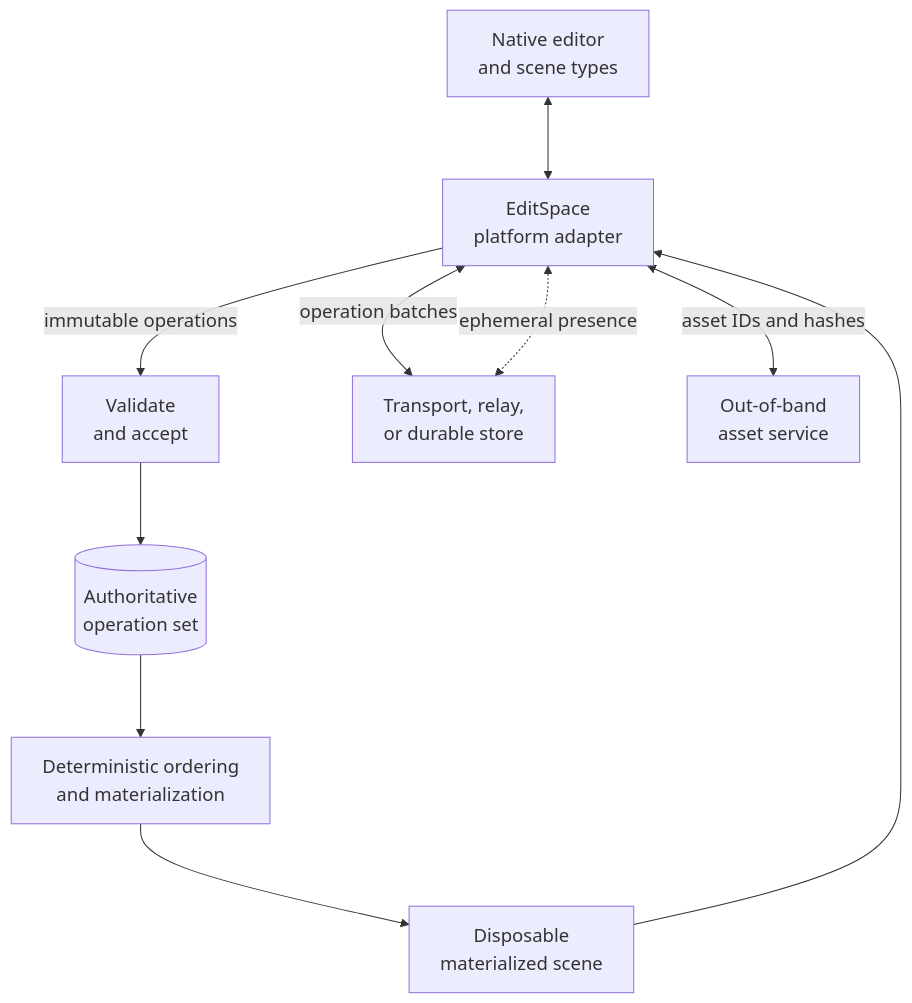
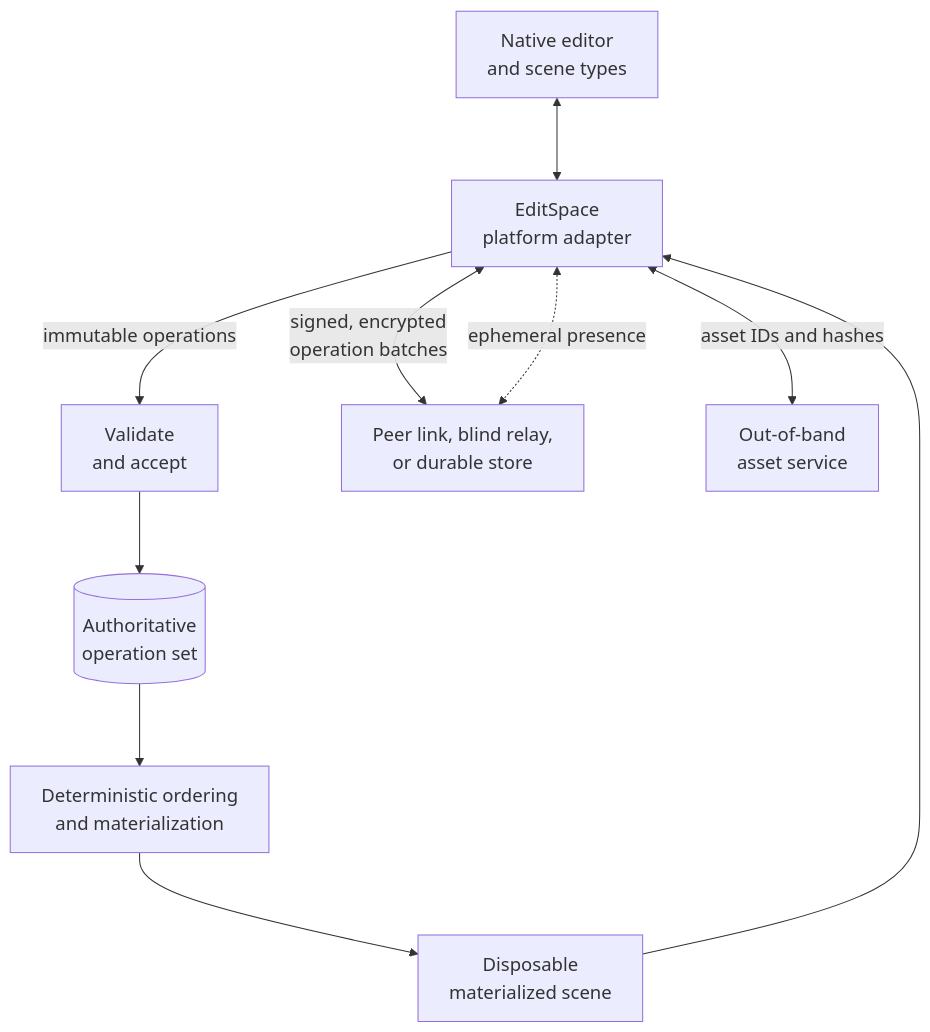
One commit to graphitedesignlabs/EditSpace changed the diagram in README.md. Above: the diagram before and after it, drawn with Mermaid. The commit also changed other lines of this file and 29 other files, not shown here.

````diff
--- a/README.md
+++ b/README.md
@@ -54,14 +67,14 @@
 ```mermaid
 %%{init: {"flowchart": {"nodeSpacing": 60, "rankSpacing": 80}, "themeVariables": {"fontSize": "18px"}}}%%
 flowchart TB
     Editor["Native editor<br/>and scene types"] <--> Adapter["EditSpace<br/>platform adapter"]
     Adapter -->|"immutable operations"| Validator["Validate<br/>and accept"]
     Validator --> Log[("Authoritative<br/>operation set")]
     Log --> Order["Deterministic ordering<br/>and materialization"]
     Order --> Scene["Disposable<br/>materialized scene"]
     Scene --> Adapter
 
-    Adapter <-->|"operation batches"| Relay["Transport, relay,<br/>or durable store"]
+    Adapter <-->|"signed, encrypted<br/>operation batches"| Relay["Peer link, blind relay,<br/>or durable store"]
     Adapter <-.->|"ephemeral presence"| Relay
     Adapter <-->|"asset IDs and hashes"| Assets["Out-of-band<br/>asset service"]
 ```
````
